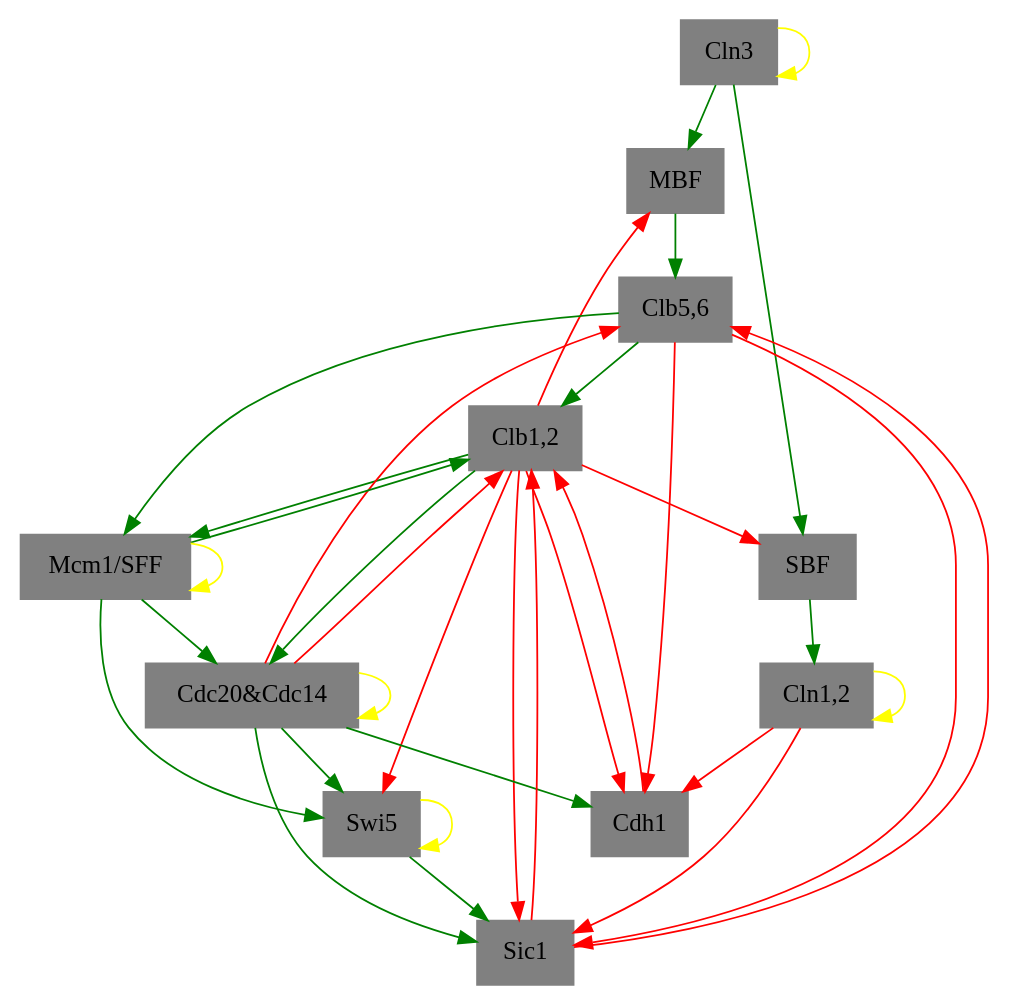
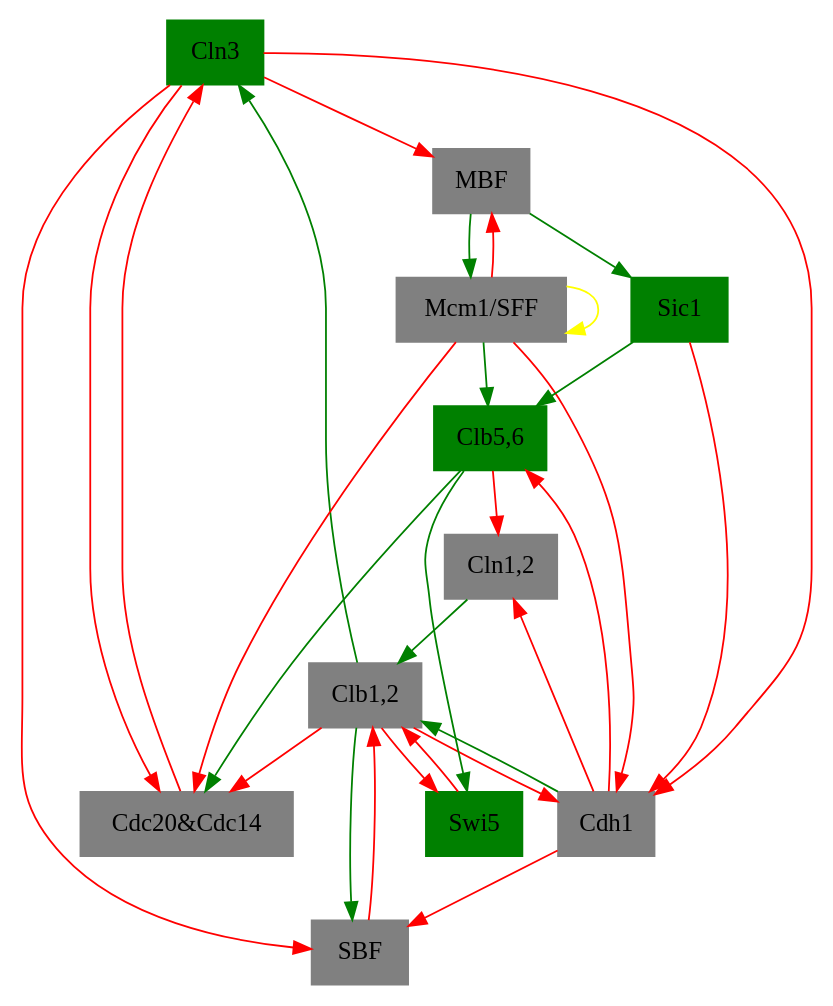
Before and after one commit to ellaqezi/cellCycle: the diagram in graph.gv, drawn with Graphviz. The commit also changed 18 other files, not shown here.

```diff
--- a/graph.gv
+++ b/graph.gv
@@ -1,70 +1,61 @@
-digraph 00000000000  {
-"Cln3" [shape=box, color=gray, style=filled];
-	edge [color=yellow]; 
-	"Cln3" -> "Cln3";
+digraph 10000101100  {
+"Cln3" [shape=box, color=green, style=filled];
+	edge [color=green]; 
+	"Clb1,2" -> "Cln3";
+	edge [color=red]; 
+	"Cdc20&Cdc14" -> "Cln3";
 "MBF" [shape=box, color=gray, style=filled];
-	edge [color=green]; 
+	edge [color=red]; 
 	"Cln3" -> "MBF";
-	edge [color=red]; 
-	"Clb1,2" -> "MBF";
+	"Mcm1/SFF" -> "MBF";
 "SBF" [shape=box, color=gray, style=filled];
 	edge [color=green]; 
+	"Clb1,2" -> "SBF";
+	edge [color=red]; 
+	"Cdh1" -> "SBF";
 	"Cln3" -> "SBF";
+"Cln1,2" [shape=box, color=gray, style=filled];
 	edge [color=red]; 
-	"Clb1,2" -> "SBF";
-"Cln1,2" [shape=box, color=gray, style=filled];
-	edge [color=yellow]; 
-	"Cln1,2" -> "Cln1,2";
-	edge [color=green]; 
-	"SBF" -> "Cln1,2";
+	"Cdh1" -> "Cln1,2";
+	"Clb5,6" -> "Cln1,2";
 "Cdh1" [shape=box, color=gray, style=filled];
-	edge [color=green]; 
-	"Cdc20&Cdc14" -> "Cdh1";
 	edge [color=red]; 
 	"Clb1,2" -> "Cdh1";
-	"Clb5,6" -> "Cdh1";
-	"Cln1,2" -> "Cdh1";
-"Swi5" [shape=box, color=gray, style=filled];
-	edge [color=yellow]; 
-	"Swi5" -> "Swi5";
+	"Cln3" -> "Cdh1";
+	"Mcm1/SFF" -> "Cdh1";
+	"Sic1" -> "Cdh1";
+"Swi5" [shape=box, color=green, style=filled];
 	edge [color=green]; 
-	"Cdc20&Cdc14" -> "Swi5";
-	"Mcm1/SFF" -> "Swi5";
+	"Clb5,6" -> "Swi5";
 	edge [color=red]; 
 	"Clb1,2" -> "Swi5";
 "Cdc20&Cdc14" [shape=box, color=gray, style=filled];
-	edge [color=yellow]; 
-	"Cdc20&Cdc14" -> "Cdc20&Cdc14";
 	edge [color=green]; 
+	"Clb5,6" -> "Cdc20&Cdc14";
+	edge [color=red]; 
 	"Clb1,2" -> "Cdc20&Cdc14";
+	"Cln3" -> "Cdc20&Cdc14";
 	"Mcm1/SFF" -> "Cdc20&Cdc14";
-"Clb5,6" [shape=box, color=gray, style=filled];
+"Clb5,6" [shape=box, color=green, style=filled];
 	edge [color=green]; 
-	"MBF" -> "Clb5,6";
+	"Mcm1/SFF" -> "Clb5,6";
+	"Sic1" -> "Clb5,6";
 	edge [color=red]; 
-	"Cdc20&Cdc14" -> "Clb5,6";
-	"Sic1" -> "Clb5,6";
-"Sic1" [shape=box, color=gray, style=filled];
+	"Cdh1" -> "Clb5,6";
+"Sic1" [shape=box, color=green, style=filled];
 	edge [color=green]; 
-	"Cdc20&Cdc14" -> "Sic1";
-	"Swi5" -> "Sic1";
-	edge [color=red]; 
-	"Clb1,2" -> "Sic1";
-	"Clb5,6" -> "Sic1";
-	"Cln1,2" -> "Sic1";
+	"MBF" -> "Sic1";
 "Clb1,2" [shape=box, color=gray, style=filled];
 	edge [color=green]; 
-	"Clb5,6" -> "Clb1,2";
-	"Mcm1/SFF" -> "Clb1,2";
+	"Cdh1" -> "Clb1,2";
+	"Cln1,2" -> "Clb1,2";
 	edge [color=red]; 
-	"Cdc20&Cdc14" -> "Clb1,2";
-	"Cdh1" -> "Clb1,2";
-	"Sic1" -> "Clb1,2";
+	"SBF" -> "Clb1,2";
+	"Swi5" -> "Clb1,2";
 "Mcm1/SFF" [shape=box, color=gray, style=filled];
 	edge [color=yellow]; 
 	"Mcm1/SFF" -> "Mcm1/SFF";
 	edge [color=green]; 
-	"Clb1,2" -> "Mcm1/SFF";
-	"Clb5,6" -> "Mcm1/SFF";
+	"MBF" -> "Mcm1/SFF";
 
 }
```
